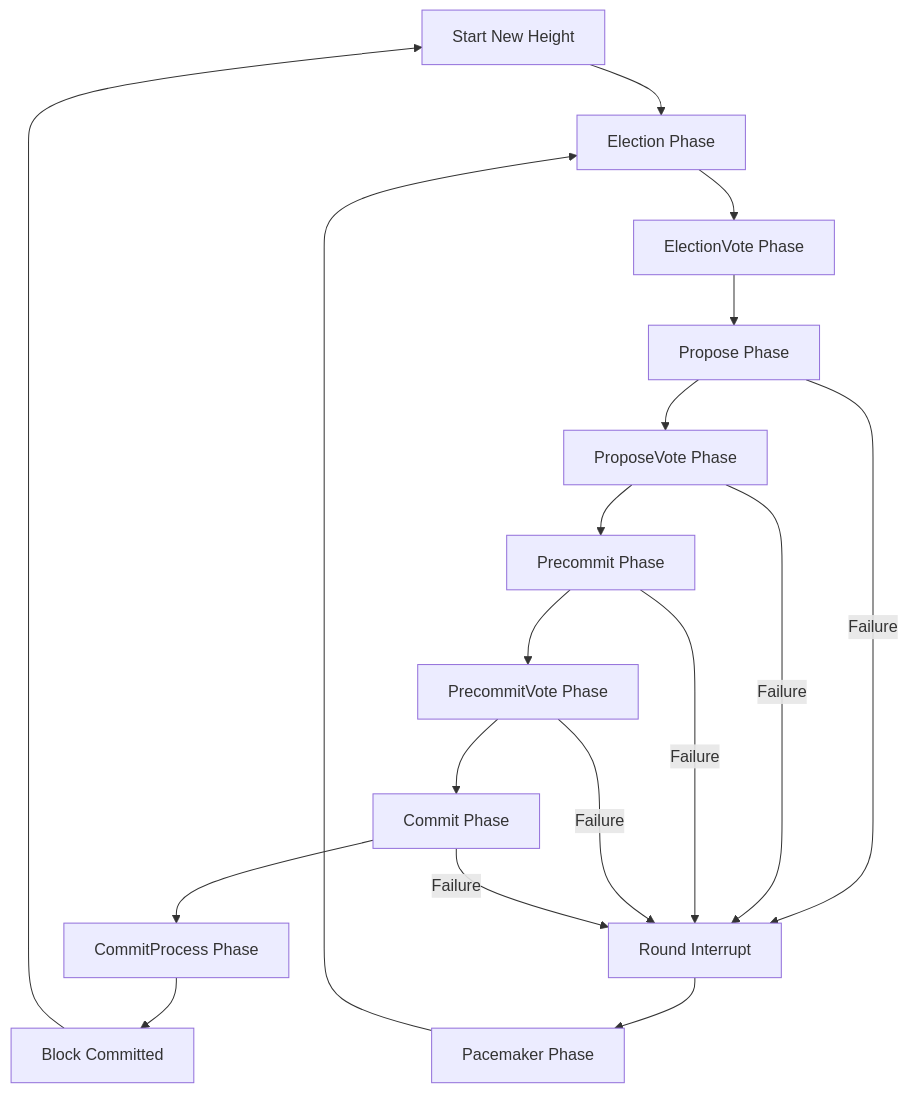
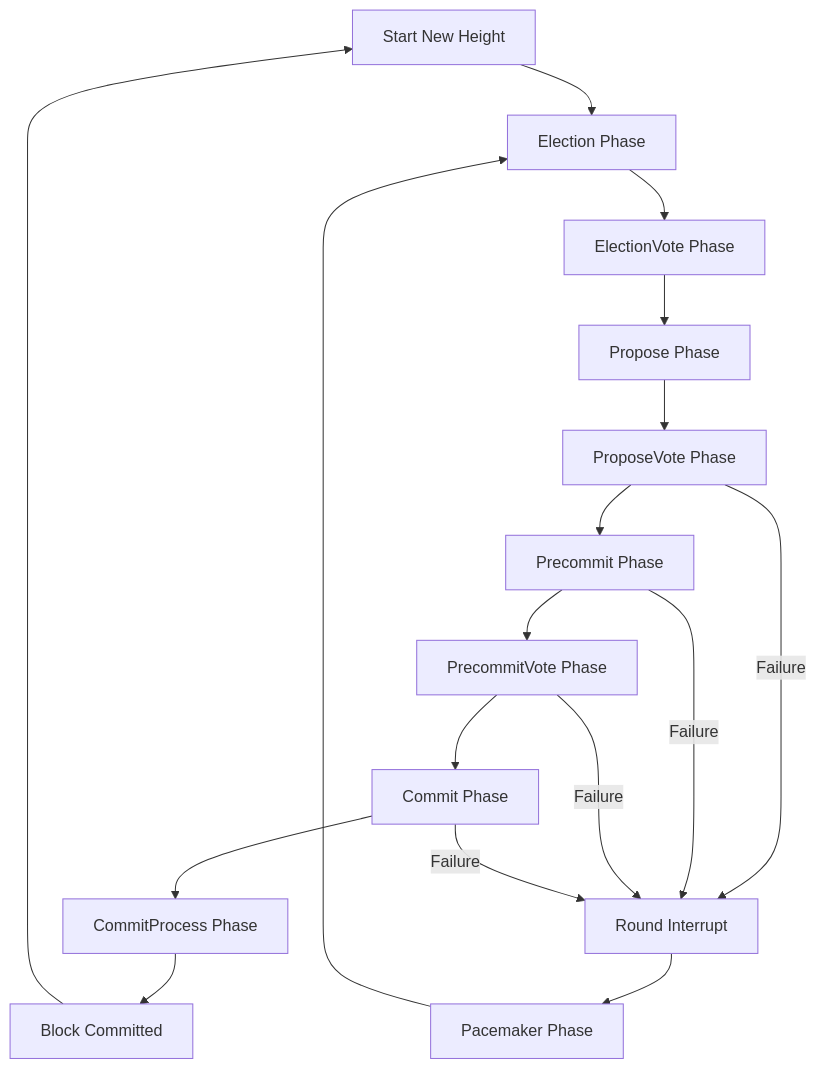
The diagram in bft/README.md (rem1niscence/canopy), drawn with Mermaid before and after one commit.

Commit message:
mermaid update

````diff
--- a/bft/README.md
+++ b/bft/README.md
@@ -37,22 +37,21 @@
 ```mermaid
 graph TD
     A[Start New Height] --> B[Election Phase]
     B --> C[ElectionVote Phase]
     C --> D[Propose Phase]
     D --> E[ProposeVote Phase]
     E --> F[Precommit Phase]
     F --> G[PrecommitVote Phase]
     G --> H[Commit Phase]
     H --> I[CommitProcess Phase]
     I --> J[Block Committed]
     J --> A
 
-    D -- Failure --> K[Round Interrupt]
-    E -- Failure --> K
+    E -- Failure --> K[Round Interrupt]
     F -- Failure --> K
     G -- Failure --> K
     H -- Failure --> K
 
     K --> L[Pacemaker Phase]
     L --> B
 ```
````
